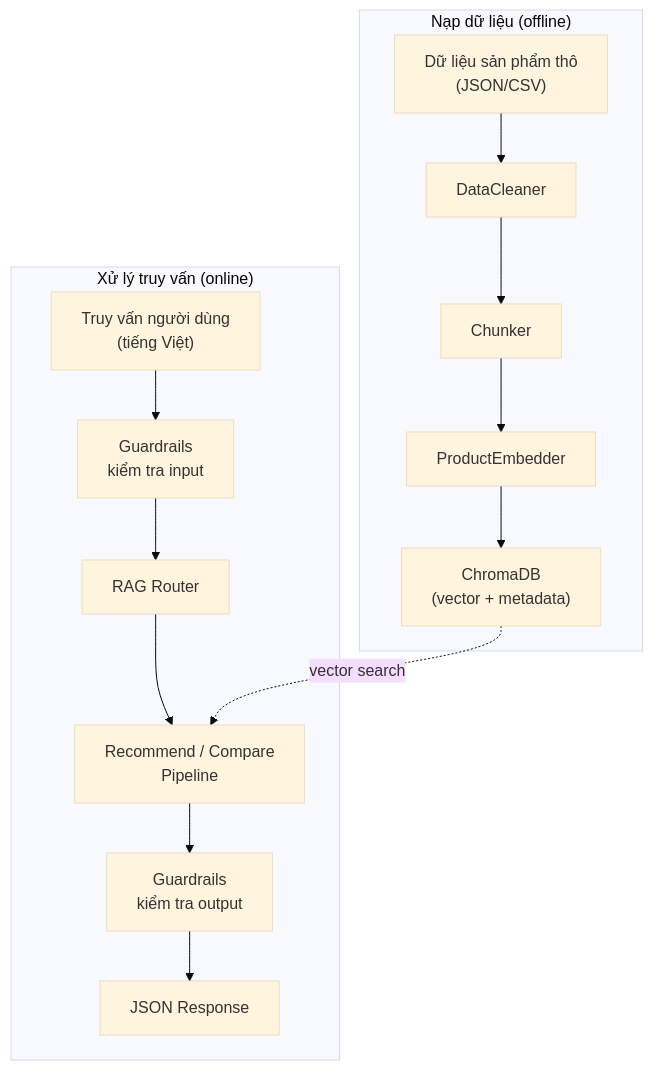
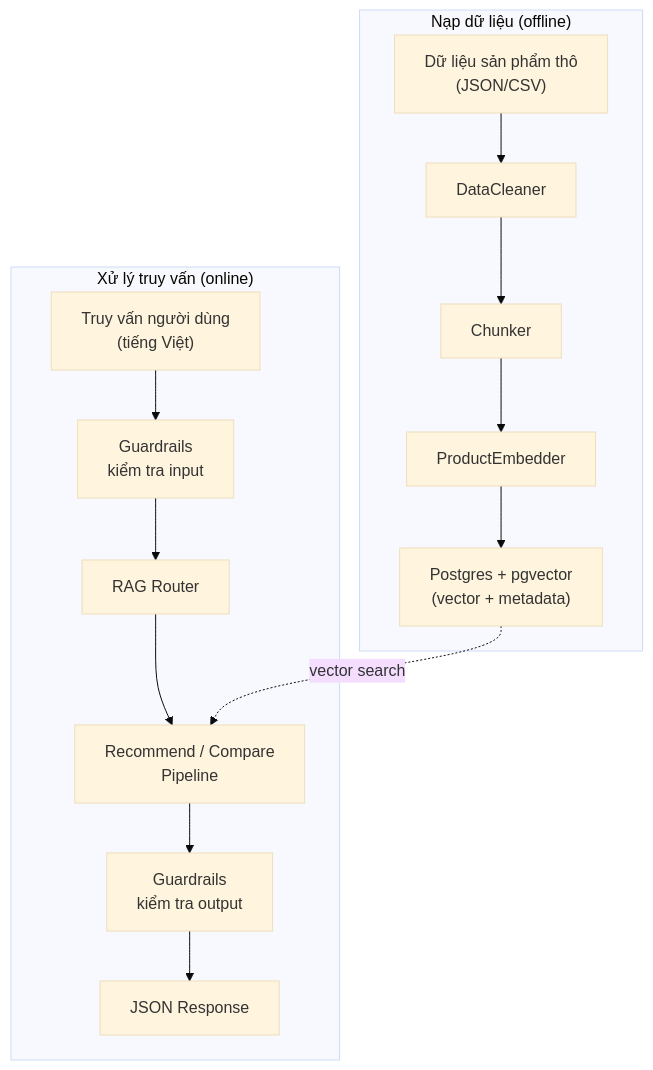
The fifth of 5 diagrams in docs/architecture/pipeline-flow.vi.md (nxhawk/rag-product-recommend), drawn with Mermaid (base theme) before and after one commit. The commit also changed other lines of this file and 27 other files, not shown here.

First line of the commit message:
refactor: migrate vector store from ChromaDB to PostgreSQL with pgvector

````diff
--- a/docs/architecture/pipeline-flow.vi.md
+++ b/docs/architecture/pipeline-flow.vi.md
@@ -252,19 +252,19 @@
 ```mermaid
 flowchart TD
     subgraph Ingestion["Nạp dữ liệu (offline)"]
         RAW["Dữ liệu sản phẩm thô\n(JSON/CSV)"] --> CLEAN[DataCleaner]
         CLEAN --> CHUNK[Chunker]
         CHUNK --> EMBED[ProductEmbedder]
-        EMBED --> STORE["ChromaDB\n(vector + metadata)"]
+        EMBED --> STORE["Postgres + pgvector\n(vector + metadata)"]
     end
 
     subgraph Runtime["Xử lý truy vấn (online)"]
         USER["Truy vấn người dùng\n(tiếng Việt)"] --> GUARD_IN[Guardrails\nkiểm tra input]
         GUARD_IN --> ROUTER[RAG Router]
         ROUTER --> PIPELINE["Recommend / Compare\nPipeline"]
         PIPELINE --> GUARD_OUT[Guardrails\nkiểm tra output]
         GUARD_OUT --> API["JSON Response"]
     end
 
     STORE -.->|"vector search"| PIPELINE
 ```
````
